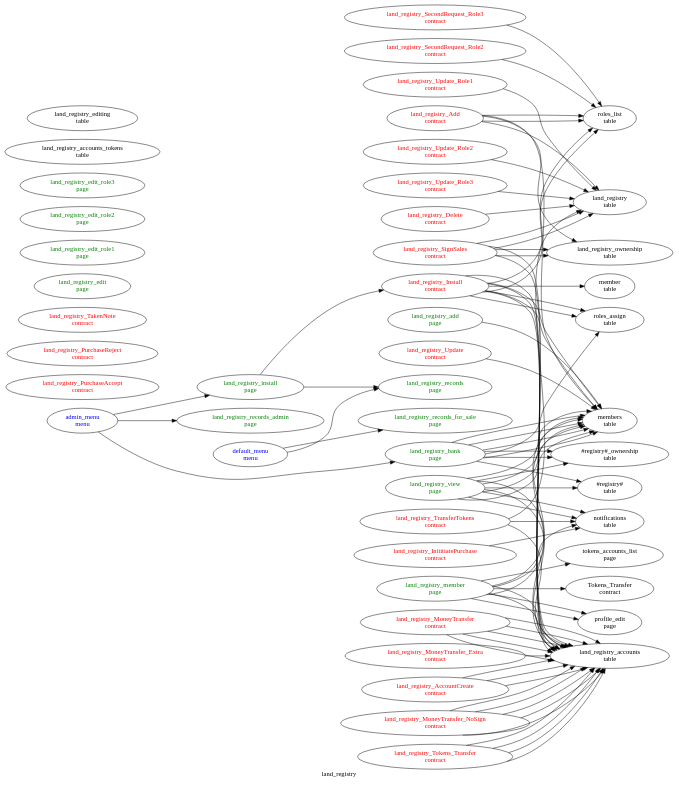
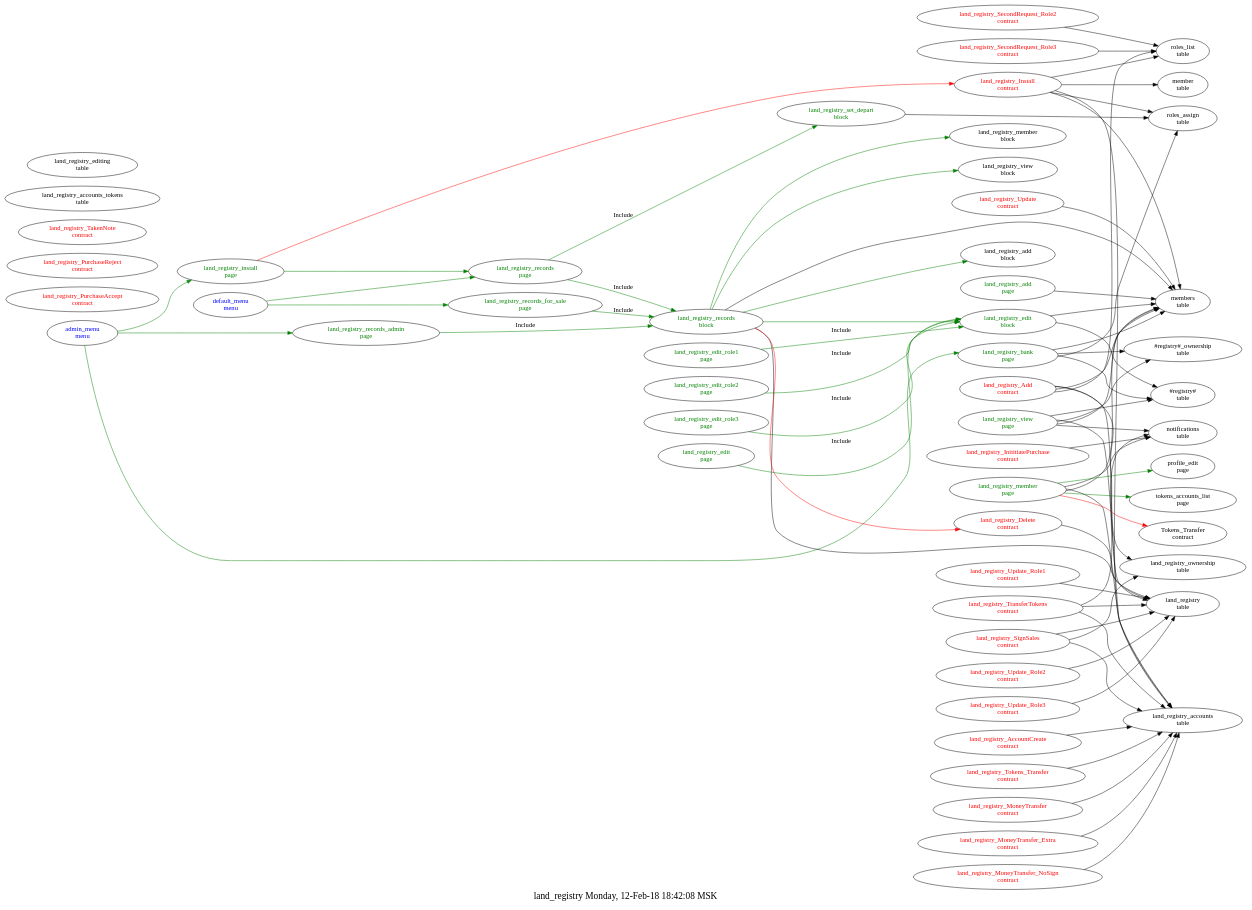
Before and after one commit to AplaProject/apps: the diagram in src/land_registry/struct.dot, drawn with Graphviz.

Commit message:
up struct

```diff
--- a/src/land_registry/struct.dot
+++ b/src/land_registry/struct.dot
@@ -1,128 +1,116 @@
 digraph G {
-label=land_registry;
+fontsize="20.0";
+label="land_registry Monday, 12-Feb-18 18:42:08 MSK";
 rankdir=LR;
-"land_registry_AccountCreate\ncontract" -> "land_registry_accounts\ntable"
-"land_registry_AccountCreate\ncontract" -> "land_registry_accounts\ntable"
 "land_registry_AccountCreate\ncontract" -> "land_registry_accounts\ntable"
 "land_registry_AccountCreate\ncontract" [fontcolor=red, group=contracts];
 "land_registry_Add\ncontract" -> "members\ntable"
-"land_registry_Add\ncontract" -> "roles_list\ntable"
 "land_registry_Add\ncontract" -> "roles_list\ntable"
 "land_registry_Add\ncontract" -> "land_registry\ntable"
 "land_registry_Add\ncontract" -> "land_registry_ownership\ntable"
 "land_registry_Add\ncontract" [fontcolor=red, group=contracts];
 "land_registry_Delete\ncontract" -> "land_registry\ntable"
 "land_registry_Delete\ncontract" [fontcolor=red, group=contracts];
 "land_registry_InititiatePurchase\ncontract" -> "notifications\ntable"
 "land_registry_InititiatePurchase\ncontract" [fontcolor=red, group=contracts];
 "land_registry_Install\ncontract" -> "member\ntable"
 "land_registry_Install\ncontract" -> "members\ntable"
-"land_registry_Install\ncontract" -> "members\ntable"
-"land_registry_Install\ncontract" -> "land_registry_accounts\ntable"
-"land_registry_Install\ncontract" -> "land_registry_accounts\ntable"
 "land_registry_Install\ncontract" -> "land_registry_accounts\ntable"
 "land_registry_Install\ncontract" -> "roles_list\ntable"
-"land_registry_Install\ncontract" -> "roles_list\ntable"
-"land_registry_Install\ncontract" -> "roles_assign\ntable"
 "land_registry_Install\ncontract" -> "roles_assign\ntable"
 "land_registry_Install\ncontract" [fontcolor=red, group=contracts];
-"land_registry_MoneyTransfer\ncontract" -> "land_registry_accounts\ntable"
-"land_registry_MoneyTransfer\ncontract" -> "land_registry_accounts\ntable"
-"land_registry_MoneyTransfer\ncontract" -> "land_registry_accounts\ntable"
-"land_registry_MoneyTransfer\ncontract" -> "land_registry_accounts\ntable"
 "land_registry_MoneyTransfer\ncontract" -> "land_registry_accounts\ntable"
 "land_registry_MoneyTransfer\ncontract" [fontcolor=red, group=contracts];
 "land_registry_MoneyTransfer_Extra\ncontract" -> "land_registry_accounts\ntable"
 "land_registry_MoneyTransfer_Extra\ncontract" [fontcolor=red, group=contracts];
-"land_registry_MoneyTransfer_NoSign\ncontract" -> "land_registry_accounts\ntable"
-"land_registry_MoneyTransfer_NoSign\ncontract" -> "land_registry_accounts\ntable"
-"land_registry_MoneyTransfer_NoSign\ncontract" -> "land_registry_accounts\ntable"
-"land_registry_MoneyTransfer_NoSign\ncontract" -> "land_registry_accounts\ntable"
 "land_registry_MoneyTransfer_NoSign\ncontract" -> "land_registry_accounts\ntable"
 "land_registry_MoneyTransfer_NoSign\ncontract" [fontcolor=red, group=contracts];
 "land_registry_PurchaseAccept\ncontract" [fontcolor=red, group=contracts];
 "land_registry_PurchaseReject\ncontract" [fontcolor=red, group=contracts];
 "land_registry_SecondRequest_Role2\ncontract" -> "roles_list\ntable"
 "land_registry_SecondRequest_Role2\ncontract" [fontcolor=red, group=contracts];
 "land_registry_SecondRequest_Role3\ncontract" -> "roles_list\ntable"
 "land_registry_SecondRequest_Role3\ncontract" [fontcolor=red, group=contracts];
 "land_registry_Tokens_Transfer\ncontract" -> "land_registry_accounts\ntable"
-"land_registry_Tokens_Transfer\ncontract" -> "land_registry_accounts\ntable"
-"land_registry_Tokens_Transfer\ncontract" -> "land_registry_accounts\ntable"
-"land_registry_Tokens_Transfer\ncontract" -> "land_registry_accounts\ntable"
 "land_registry_Tokens_Transfer\ncontract" [fontcolor=red, group=contracts];
 "land_registry_TakenNote\ncontract" [fontcolor=red, group=contracts];
 "land_registry_SignSales\ncontract" -> "land_registry_ownership\ntable"
 "land_registry_SignSales\ncontract" -> "land_registry\ntable"
 "land_registry_SignSales\ncontract" -> "land_registry_accounts\ntable"
-"land_registry_SignSales\ncontract" -> "land_registry_accounts\ntable"
-"land_registry_SignSales\ncontract" -> "land_registry\ntable"
-"land_registry_SignSales\ncontract" -> "land_registry_ownership\ntable"
 "land_registry_SignSales\ncontract" [fontcolor=red, group=contracts];
 "land_registry_TransferTokens\ncontract" -> "notifications\ntable"
 "land_registry_TransferTokens\ncontract" -> "land_registry\ntable"
 "land_registry_TransferTokens\ncontract" -> "land_registry_accounts\ntable"
 "land_registry_TransferTokens\ncontract" [fontcolor=red, group=contracts];
 "land_registry_Update\ncontract" -> "members\ntable"
 "land_registry_Update\ncontract" [fontcolor=red, group=contracts];
 "land_registry_Update_Role1\ncontract" -> "land_registry\ntable"
 "land_registry_Update_Role1\ncontract" [fontcolor=red, group=contracts];
 "land_registry_Update_Role2\ncontract" -> "land_registry\ntable"
 "land_registry_Update_Role2\ncontract" [fontcolor=red, group=contracts];
 "land_registry_Update_Role3\ncontract" -> "land_registry\ntable"
 "land_registry_Update_Role3\ncontract" [fontcolor=red, group=contracts];
-"admin_menu\nmenu" -> "land_registry_records_admin\npage"
-"admin_menu\nmenu" -> "land_registry_bank\npage"
-"admin_menu\nmenu" -> "land_registry_install\npage"
+"admin_menu\nmenu" -> "land_registry_records_admin\npage"  [ color=green ]
+"admin_menu\nmenu" -> "land_registry_bank\npage"  [ color=green ]
+"admin_menu\nmenu" -> "land_registry_install\npage"  [ color=green ]
 "admin_menu\nmenu" [fontcolor=blue, group=menus];
-"default_menu\nmenu" -> "land_registry_records\npage"
-"default_menu\nmenu" -> "land_registry_records_for_sale\npage"
+"default_menu\nmenu" -> "land_registry_records\npage"  [ color=green ]
+"default_menu\nmenu" -> "land_registry_records_for_sale\npage"  [ color=green ]
 "default_menu\nmenu" [fontcolor=blue, group=menus];
+"land_registry_edit\nblock" -> "#registry#\ntable"
+"land_registry_edit\nblock" -> "members\ntable"
+"land_registry_edit\nblock" [fontcolor=green, group=blocks];
+"land_registry_records\nblock" -> "land_registry_Delete\ncontract"  [ color=red ]
+"land_registry_records\nblock" -> "land_registry\ntable"
+"land_registry_records\nblock" -> "members\ntable"
+"land_registry_records\nblock" -> "land_registry_member\nblock"  [ color=green ]
+"land_registry_records\nblock" -> "land_registry_view\nblock"  [ color=green ]
+"land_registry_records\nblock" -> "land_registry_edit\nblock"  [ color=green ]
+"land_registry_records\nblock" -> "land_registry_add\nblock"  [ color=green ]
+"land_registry_records\nblock" [fontcolor=green, group=blocks];
+"land_registry_set_depart\nblock" -> "roles_assign\ntable"
+"land_registry_set_depart\nblock" [fontcolor=green, group=blocks];
 "land_registry_add\npage" -> "members\ntable"
 "land_registry_add\npage" [fontcolor=green, group=pages];
 "land_registry_bank\npage" -> "#registry#_ownership\ntable"
 "land_registry_bank\npage" -> "#registry#\ntable"
 "land_registry_bank\npage" -> "roles_assign\ntable"
 "land_registry_bank\npage" -> "members\ntable"
-"land_registry_bank\npage" -> "members\ntable"
-"land_registry_bank\npage" -> "#registry#_ownership\ntable"
-"land_registry_bank\npage" -> "members\ntable"
-"land_registry_bank\npage" -> "members\ntable"
 "land_registry_bank\npage" [fontcolor=green, group=pages];
+"land_registry_edit\npage" -> "land_registry_edit\nblock"  [ color=green, label=Include ]
 "land_registry_edit\npage" [fontcolor=green, group=pages];
+"land_registry_edit_role1\npage" -> "land_registry_edit\nblock"  [ color=green, label=Include ]
 "land_registry_edit_role1\npage" [fontcolor=green, group=pages];
+"land_registry_edit_role2\npage" -> "land_registry_edit\nblock"  [ color=green, label=Include ]
 "land_registry_edit_role2\npage" [fontcolor=green, group=pages];
+"land_registry_edit_role3\npage" -> "land_registry_edit\nblock"  [ color=green, label=Include ]
 "land_registry_edit_role3\npage" [fontcolor=green, group=pages];
-"land_registry_install\npage" -> "land_registry_Install\ncontract"
-"land_registry_install\npage" -> "land_registry_records\npage"
+"land_registry_install\npage" -> "land_registry_Install\ncontract"  [ color=red ]
+"land_registry_install\npage" -> "land_registry_records\npage"  [ color=green ]
 "land_registry_install\npage" [fontcolor=green, group=pages];
-"land_registry_member\npage" -> "Tokens_Transfer\ncontract"
-"land_registry_member\npage" -> "members\ntable"
+"land_registry_member\npage" -> "Tokens_Transfer\ncontract"  [ color=red ]
 "land_registry_member\npage" -> "members\ntable"
 "land_registry_member\npage" -> "notifications\ntable"
 "land_registry_member\npage" -> "land_registry_accounts\ntable"
-"land_registry_member\npage" -> "land_registry_accounts\ntable"
-"land_registry_member\npage" -> "profile_edit\npage"
-"land_registry_member\npage" -> "profile_edit\npage"
-"land_registry_member\npage" -> "tokens_accounts_list\npage"
+"land_registry_member\npage" -> "profile_edit\npage"  [ color=green ]
+"land_registry_member\npage" -> "tokens_accounts_list\npage"  [ color=green ]
 "land_registry_member\npage" [fontcolor=green, group=pages];
+"land_registry_records\npage" -> "land_registry_set_depart\nblock"  [ color=green, label=Include ]
+"land_registry_records\npage" -> "land_registry_records\nblock"  [ color=green, label=Include ]
 "land_registry_records\npage" [fontcolor=green, group=pages];
+"land_registry_records_admin\npage" -> "land_registry_records\nblock"  [ color=green, label=Include ]
 "land_registry_records_admin\npage" [fontcolor=green, group=pages];
+"land_registry_records_for_sale\npage" -> "land_registry_records\nblock"  [ color=green, label=Include ]
 "land_registry_records_for_sale\npage" [fontcolor=green, group=pages];
 "land_registry_view\npage" -> "#registry#\ntable"
 "land_registry_view\npage" -> "#registry#_ownership\ntable"
 "land_registry_view\npage" -> "members\ntable"
-"land_registry_view\npage" -> "members\ntable"
-"land_registry_view\npage" -> "members\ntable"
 "land_registry_view\npage" -> "notifications\ntable"
-"land_registry_view\npage" -> "notifications\ntable"
-"land_registry_view\npage" -> "members\ntable"
-"land_registry_view\npage" -> "land_registry_accounts\ntable"
 "land_registry_view\npage" -> "land_registry_accounts\ntable"
 "land_registry_view\npage" [fontcolor=green, group=pages];
 "land_registry\ntable" [group=tables];
 "land_registry_accounts\ntable" [group=tables];
 "land_registry_accounts_tokens\ntable" [group=tables];
 "land_registry_editing\ntable" [group=tables];
 "land_registry_ownership\ntable" [group=tables];
 }
```
